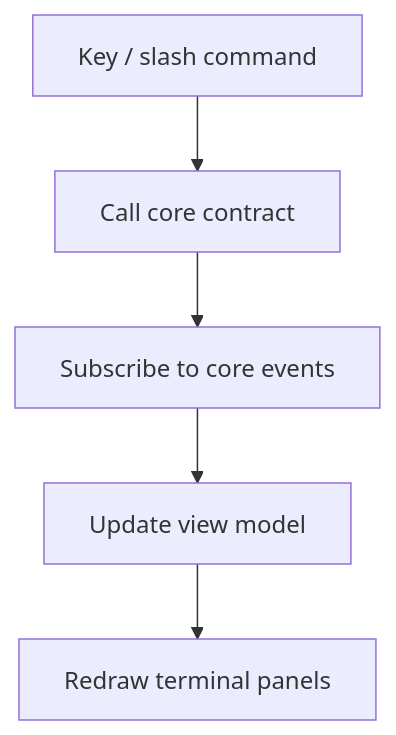
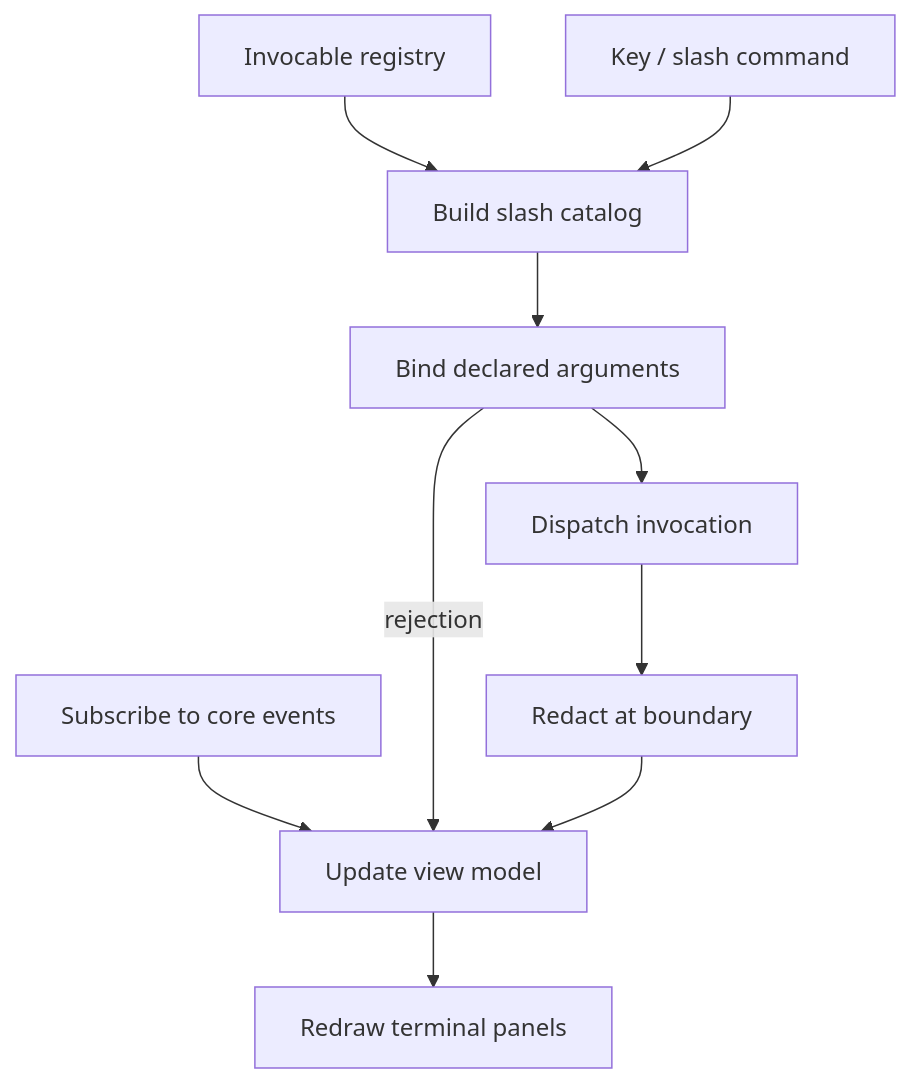
One commit to teratron/cronus changed the diagram in .design/main/specifications/l2-tui.md. Above: the diagram before and after it, drawn with Mermaid. The commit also changed other lines of this file and 10 other files, not shown here.

````diff
--- a/.design/main/specifications/l2-tui.md
+++ b/.design/main/specifications/l2-tui.md
@@ -59,7 +72,12 @@
 ```mermaid
 graph TD
+    REG[Invocable registry] --> CAT[Build slash catalog]
     SUB[Subscribe to core events] --> STATE[Update view model]
     STATE --> DRAW[Redraw terminal panels]
-    KEY[Key / slash command] --> CALL[Call core contract]
-    CALL --> SUB
+    KEY[Key / slash command] --> CAT
+    CAT --> BIND[Bind declared arguments]
+    BIND -->|rejection| STATE
+    BIND --> CALL[Dispatch invocation]
+    CALL --> MASK[Redact at boundary]
+    MASK --> STATE
 ```
````
